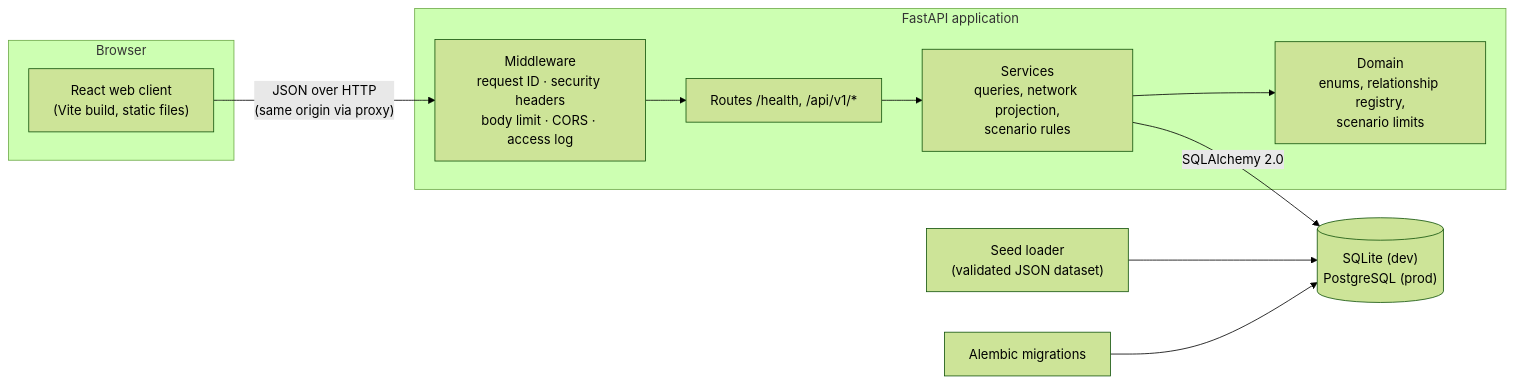
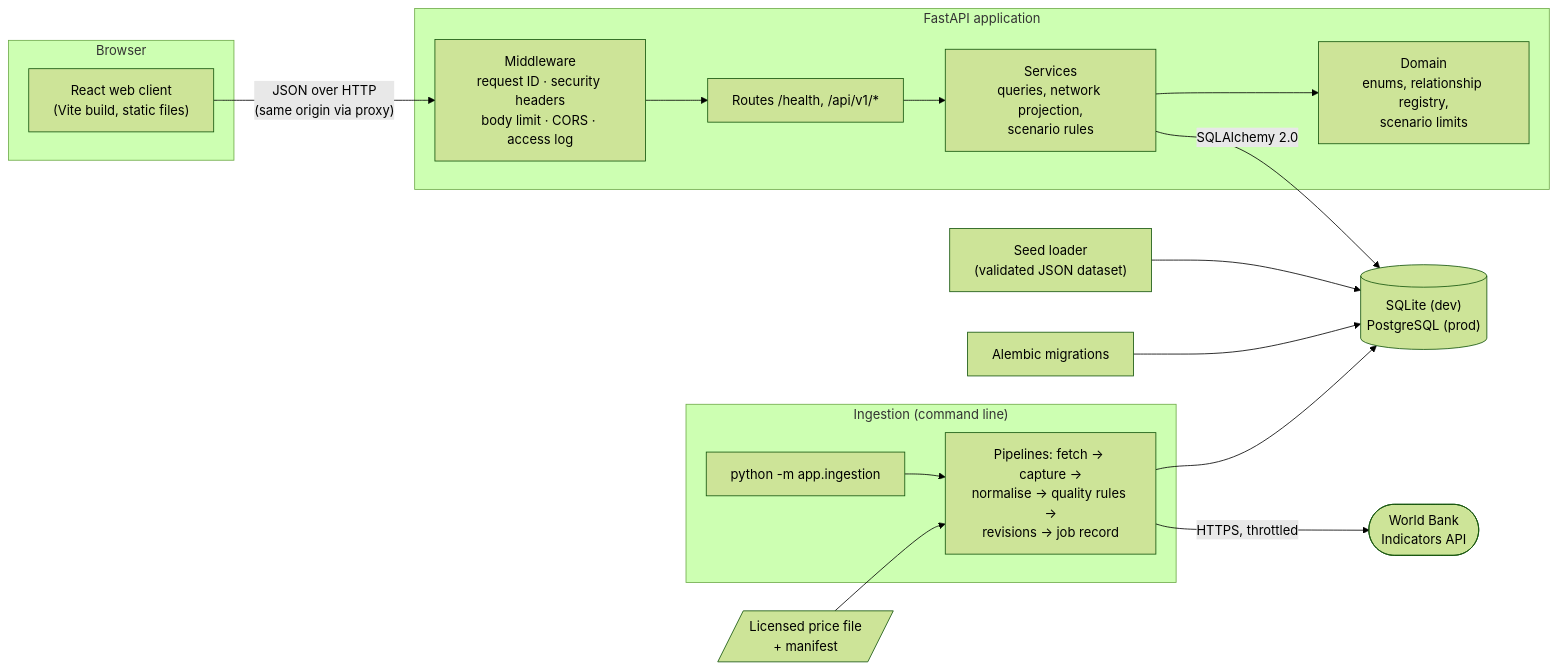
The diagram in docs/architecture.md (jnanottamgy/Rumin-), drawn with Mermaid (forest theme) before and after one commit. The commit also changed other lines of this file and 20 other files, not shown here.

````diff
--- a/docs/architecture.md
+++ b/docs/architecture.md
@@ -7,21 +10,31 @@
 ```mermaid
 flowchart LR
     subgraph Browser
         UI["React web client<br/>(Vite build, static files)"]
     end
     subgraph API["FastAPI application"]
         MW["Middleware<br/>request ID · security headers<br/>body limit · CORS · access log"]
         R["Routes /health, /api/v1/*"]
         S["Services<br/>queries, network projection,<br/>scenario rules"]
         D["Domain<br/>enums, relationship registry,<br/>scenario limits"]
     end
     DB[("SQLite (dev)<br/>PostgreSQL (prod)")]
     SEED["Seed loader<br/>(validated JSON dataset)"]
     MIG["Alembic migrations"]
+    subgraph ING["Ingestion (command line)"]
+        CLI["python -m app.ingestion"]
+        PIPE["Pipelines: fetch → capture →<br/>normalise → quality rules →<br/>revisions → job record"]
+    end
+    WB(["World Bank<br/>Indicators API"])
+    CSV[/"Licensed price file<br/>+ manifest"/]
 
     UI -- "JSON over HTTP<br/>(same origin via proxy)" --> MW --> R --> S
     S --> D
     S -- "SQLAlchemy 2.0" --> DB
     SEED --> DB
     MIG --> DB
+    CLI --> PIPE
+    PIPE -- "HTTPS, throttled" --> WB
+    CSV --> PIPE
+    PIPE --> DB
 ```
````
